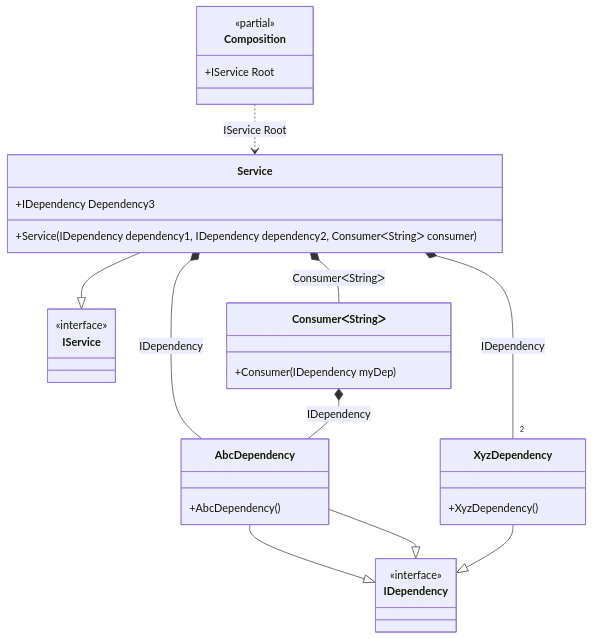
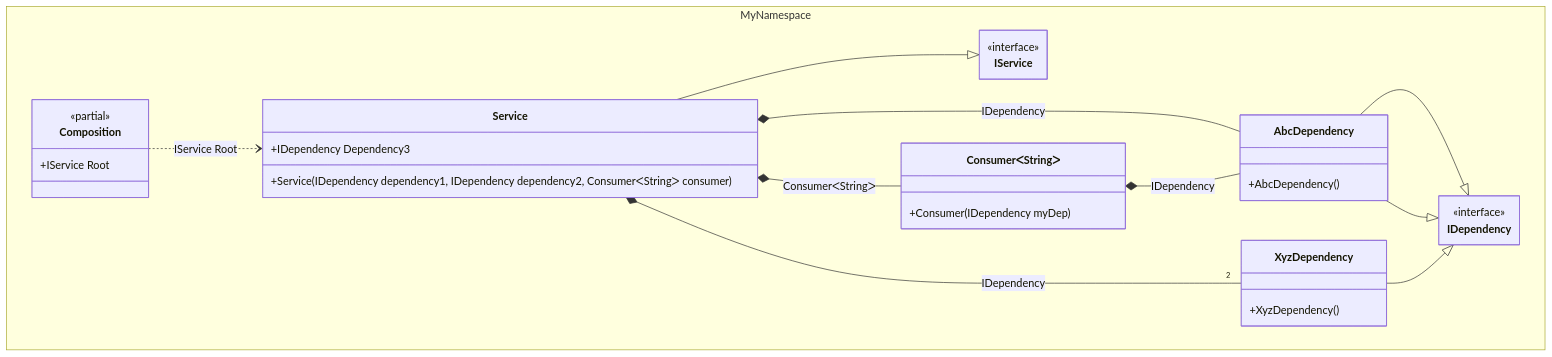
The diagram in readme/tag-on-injection-site.md (DevTeam/Pure.DI), drawn with Mermaid before and after one commit. The commit also changed 103 other files, not shown here.

Commit message:
Improved class diagrams

````diff
--- a/readme/tag-on-injection-site.md
+++ b/readme/tag-on-injection-site.md
@@ -88,35 +88,42 @@
 ```mermaid
+---
+ config:
+  class:
+   hideEmptyMembersBox: true
+---
 classDiagram
-	class Composition {
-		<<partial>>
-		+IService Root
-	}
 	Service --|> IService
-	class Service {
-		+Service(IDependency dependency1, IDependency dependency2, ConsumerᐸStringᐳ consumer)
-		+IDependency Dependency3
-	}
 	AbcDependency --|> IDependency
 	AbcDependency --|> IDependency
-	class AbcDependency {
-		+AbcDependency()
-	}
 	XyzDependency --|> IDependency
-	class XyzDependency {
-		+XyzDependency()
-	}
-	class ConsumerᐸStringᐳ {
-		+Consumer(IDependency myDep)
-	}
-	class IService {
-		<<interface>>
-	}
-	class IDependency {
-		<<interface>>
-	}
 	Composition ..> Service : IService Root
 	Service *--  AbcDependency : IDependency
 	Service *-- "2 " XyzDependency : IDependency
 	Service *--  ConsumerᐸStringᐳ : ConsumerᐸStringᐳ
 	ConsumerᐸStringᐳ *--  AbcDependency : IDependency
+	namespace MyNamespace {
+		class AbcDependency {
+			+AbcDependency()
+		}
+		class Composition {
+		<<partial>>
+		+IService Root
+		}
+		class ConsumerᐸStringᐳ {
+			+Consumer(IDependency myDep)
+		}
+		class IDependency {
+			<<interface>>
+		}
+		class IService {
+			<<interface>>
+		}
+		class Service {
+			+Service(IDependency dependency1, IDependency dependency2, ConsumerᐸStringᐳ consumer)
+			+IDependency Dependency3
+		}
+		class XyzDependency {
+			+XyzDependency()
+		}
+	}
 ```
````
